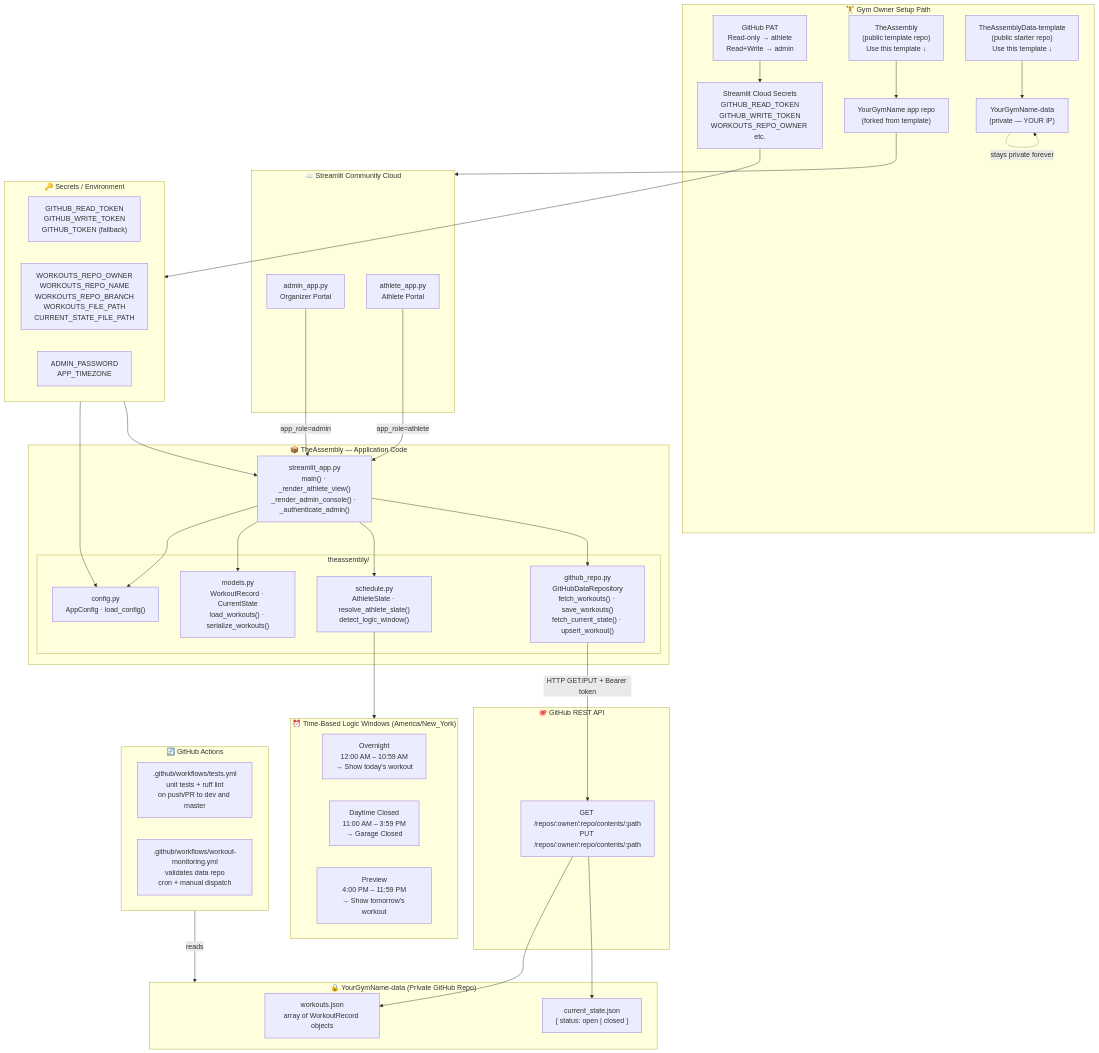
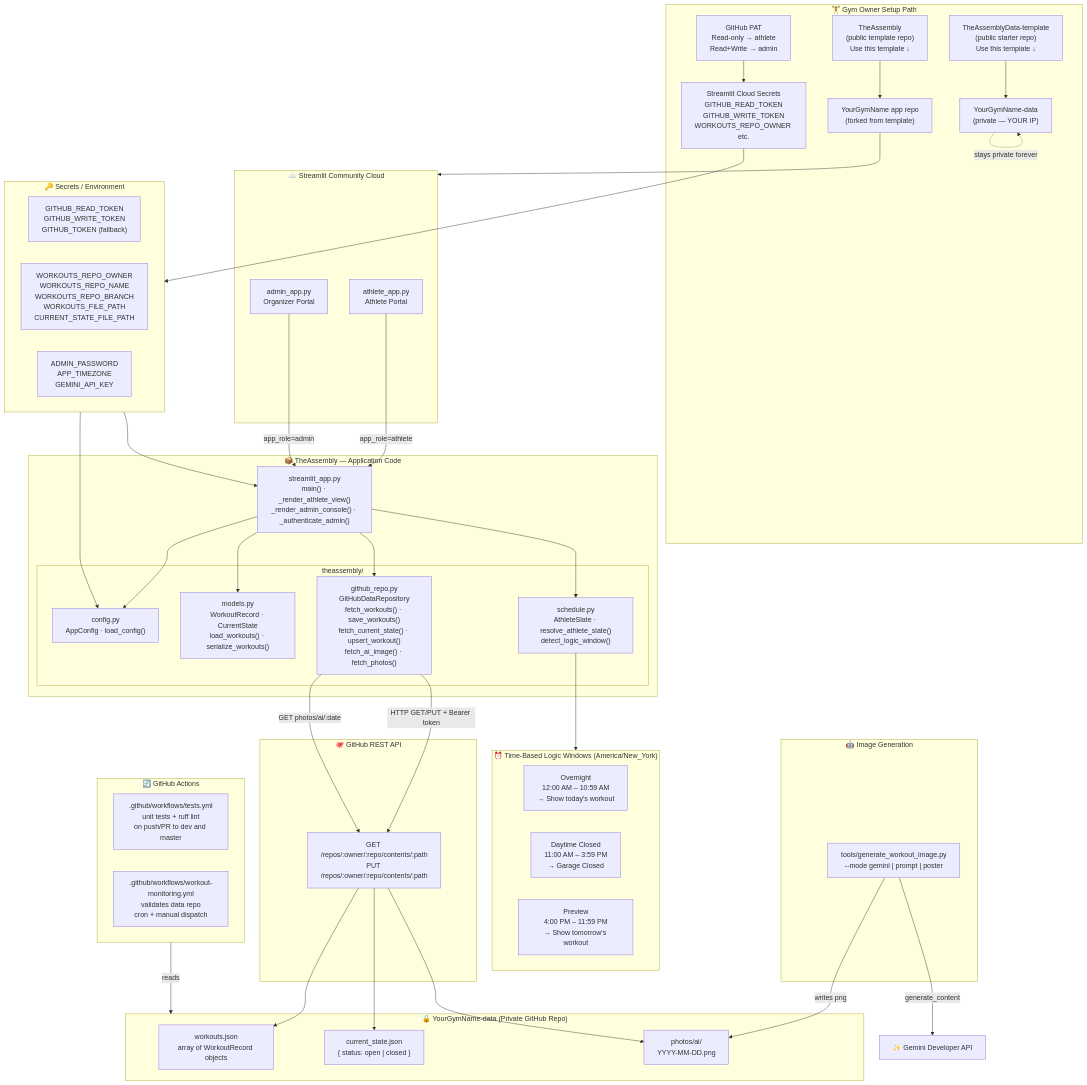
One commit to vamsiyadavalli/TheAssembly changed the diagram in README.md. Above: the diagram before and after it, drawn with Mermaid. The commit also changed 3 other files, not shown here.

Commit message:
Update architecture diagrams for Gemini Flash image generation

````diff
--- a/README.md
+++ b/README.md
@@ -29,7 +29,7 @@
         subgraph Package["theassembly/"]
             Config["config.py\nAppConfig · load_config()"]
             Models["models.py\nWorkoutRecord · CurrentState\nload_workouts() · serialize_workouts()"]
-            GHRepo["github_repo.py\nGitHubDataRepository\nfetch_workouts() · save_workouts()\nfetch_current_state() · upsert_workout()"]
+            GHRepo["github_repo.py\nGitHubDataRepository\nfetch_workouts() · save_workouts()\nfetch_current_state() · upsert_workout()\nfetch_ai_image() · fetch_photos()"]
             Schedule["schedule.py\nAthleteSlate · resolve_athlete_slate()\ndetect_logic_window()"]
         end
     end
@@ -37,6 +37,7 @@
     subgraph PrivateDataRepo["🔒 YourGymName-data (Private GitHub Repo)"]
         WorkoutsJSON["workouts.json\narray of WorkoutRecord objects"]
         StateJSON["current_state.json\n{ status: open | closed }"]
+        PhotosAI["photos/ai/\nYYYY-MM-DD.png"]
     end
 
     subgraph GitHubAPI["🐙 GitHub REST API"]
@@ -46,7 +47,7 @@
     subgraph Secrets["🔑 Secrets / Environment"]
         Tokens["GITHUB_READ_TOKEN\nGITHUB_WRITE_TOKEN\nGITHUB_TOKEN (fallback)"]
         RepoCfg["WORKOUTS_REPO_OWNER\nWORKOUTS_REPO_NAME\nWORKOUTS_REPO_BRANCH\nWORKOUTS_FILE_PATH\nCURRENT_STATE_FILE_PATH"]
-        AppCfg["ADMIN_PASSWORD\nAPP_TIMEZONE"]
+        AppCfg["ADMIN_PASSWORD\nAPP_TIMEZONE\nGEMINI_API_KEY"]
     end
 
     subgraph TimeLogic["⏰ Time-Based Logic Windows (America/New_York)"]
@@ -75,4 +76,14 @@
     Secrets --> StreamlitApp
     Schedule --> TimeLogic
     CI -->|"reads"| PrivateDataRepo
+
+    subgraph CliTools["🤖 Image Generation"]
+        GenImgCLI["tools/generate_workout_image.py\n--mode gemini | prompt | poster"]
+    end
+
+    GeminiAPI["✨ Gemini Developer API"]
+    GenImgCLI -->|"generate_content"| GeminiAPI
+    GenImgCLI -->|"writes png"| PhotosAI
+    GHRepo -->|"GET photos/ai/:date"| ContentsAPI
+    ContentsAPI --> PhotosAI
 ```
````
